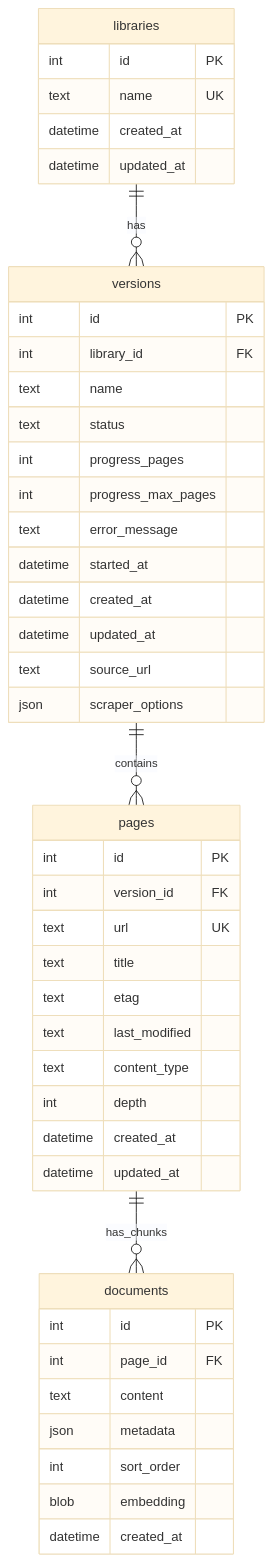
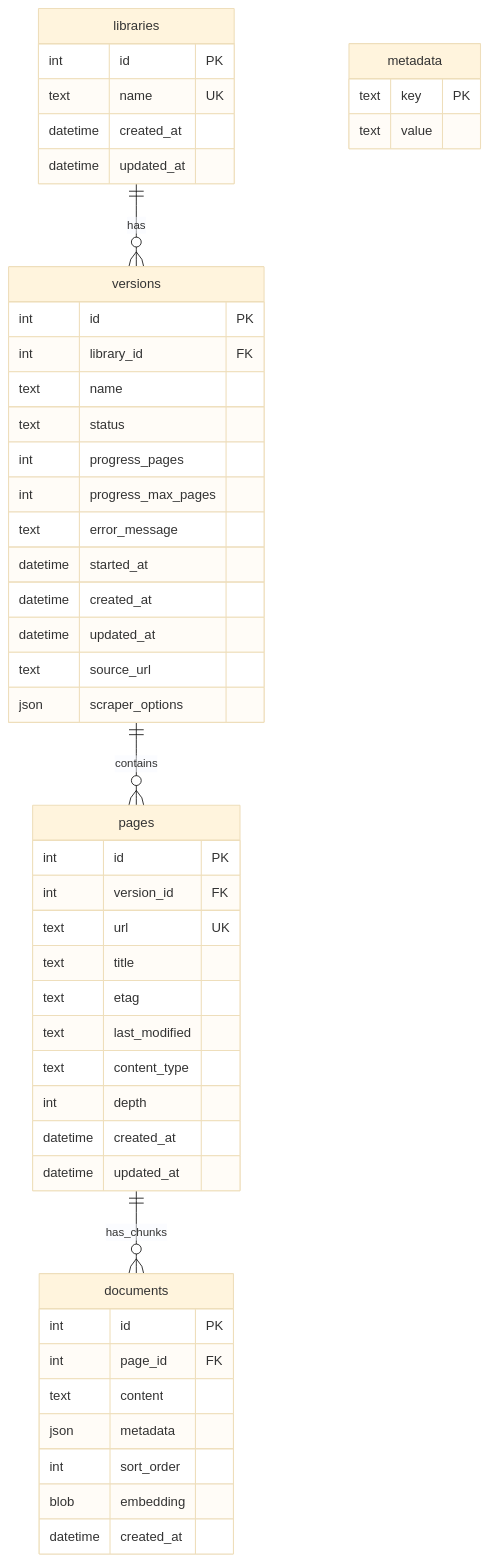
Before and after one commit to arabold/docs-mcp-server: the diagram in docs/concepts/data-storage.md, drawn with Mermaid (base theme). The commit also changed other lines of this file and 25 other files, not shown here.

````diff
--- a/docs/concepts/data-storage.md
+++ b/docs/concepts/data-storage.md
@@ -11,51 +11,56 @@
 ```mermaid
 erDiagram
     libraries ||--o{ versions : has
     versions ||--o{ pages : contains
     pages ||--o{ documents : has_chunks
     
     libraries {
         int id PK
         text name UK
         datetime created_at
         datetime updated_at
     }
     
     versions {
         int id PK
         int library_id FK
         text name
         text status
         int progress_pages
         int progress_max_pages
         text error_message
         datetime started_at
         datetime created_at
         datetime updated_at
         text source_url
         json scraper_options
     }
     
     pages {
         int id PK
         int version_id FK
         text url UK
         text title
         text etag
         text last_modified
         text content_type
         int depth
         datetime created_at
         datetime updated_at
     }
     
     documents {
         int id PK
         int page_id FK
         text content
         json metadata
         int sort_order
         blob embedding
         datetime created_at
     }
+
+    metadata {
+        text key PK
+        text value
+    }
 ```
````
